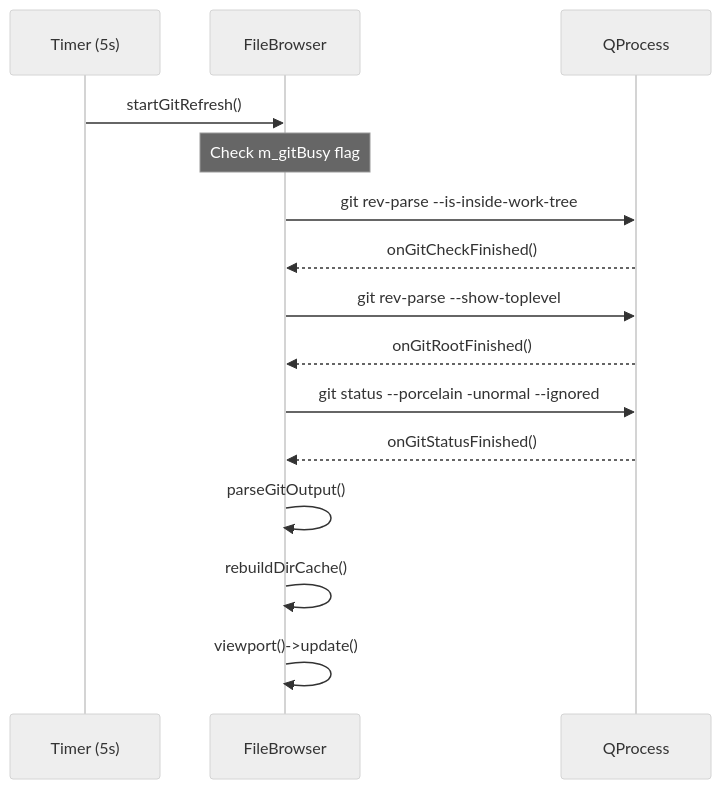
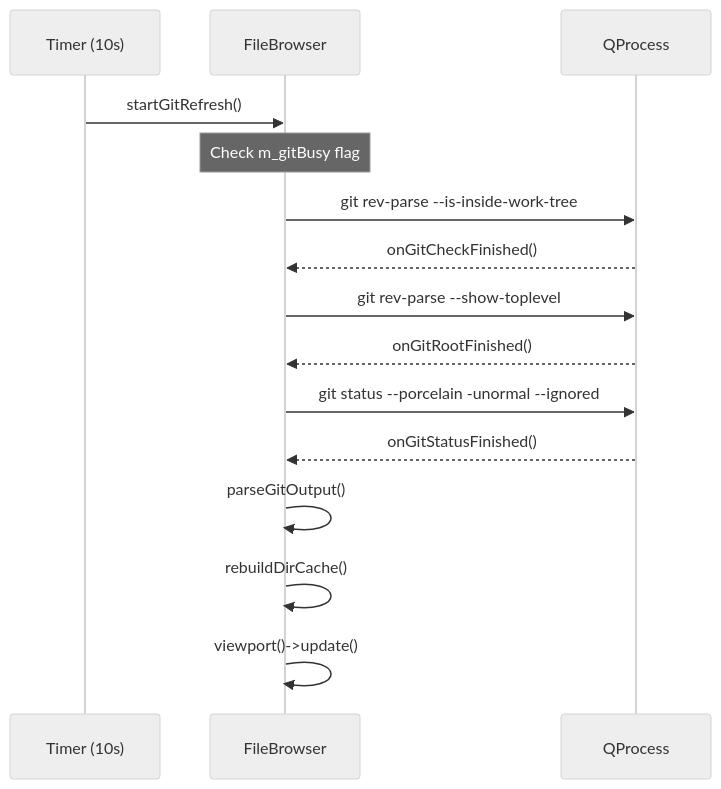
The eighth of 14 diagrams in docs/diagrams.md (dkrse/vibe-coder), drawn with Mermaid (neutral theme) before and after one commit. The commit also changed other lines of this file and 21 other files, not shown here.

````diff
--- a/docs/diagrams.md
+++ b/docs/diagrams.md
@@ -302,22 +323,22 @@
 ```mermaid
 sequenceDiagram
-    participant Timer as Timer (5s)
+    participant Timer as Timer (10s)
     participant FileBrowser
     participant GitProc as QProcess
 
     Timer->>FileBrowser: startGitRefresh()
     Note over FileBrowser: Check m_gitBusy flag
 
     FileBrowser->>GitProc: git rev-parse --is-inside-work-tree
     GitProc-->>FileBrowser: onGitCheckFinished()
 
     FileBrowser->>GitProc: git rev-parse --show-toplevel
     GitProc-->>FileBrowser: onGitRootFinished()
 
     FileBrowser->>GitProc: git status --porcelain -unormal --ignored
     GitProc-->>FileBrowser: onGitStatusFinished()
 
     FileBrowser->>FileBrowser: parseGitOutput()
     FileBrowser->>FileBrowser: rebuildDirCache()
     FileBrowser->>FileBrowser: viewport()->update()
 ```
````
